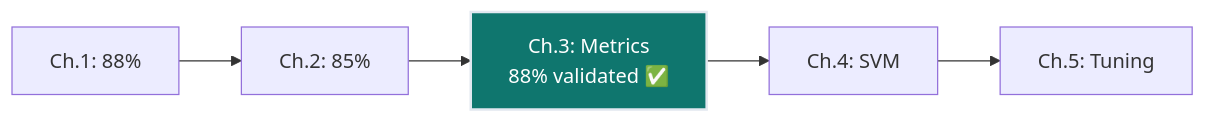
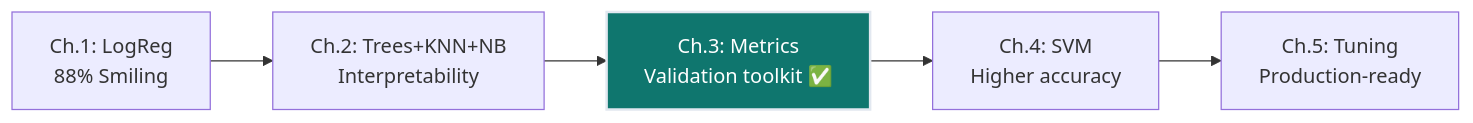
Before and after one commit to deepakshamsft/ai-portfolio: the first of 8 diagrams in notes/01-ml/02_classification/ch03_metrics/README.md, drawn with Mermaid. The commit also changed other lines of this file and 727 other files, not shown here.

````diff
--- a/notes/01-ml/02_classification/ch03_metrics/README.md
+++ b/notes/01-ml/02_classification/ch03_metrics/README.md
@@ -45,8 +56,8 @@
 ```mermaid
 graph LR
-    A["Ch.1: 88%"] --> B["Ch.2: 85%"]
-    B --> C["Ch.3: Metrics<br/>88% validated ✅"]
-    C --> D["Ch.4: SVM"]
-    D --> E["Ch.5: Tuning"]
+    A["Ch.1: LogReg<br/>88% Smiling"] --> B["Ch.2: Trees+KNN+NB<br/>Interpretability"]
+    B --> C["Ch.3: Metrics<br/>Validation toolkit ✅"]
+    C --> D["Ch.4: SVM<br/>Higher accuracy"]
+    D --> E["Ch.5: Tuning<br/>Production-ready"]
     style C fill:#0f766e,stroke:#e2e8f0,stroke-width:2px,color:#ffffff
 ```
````
